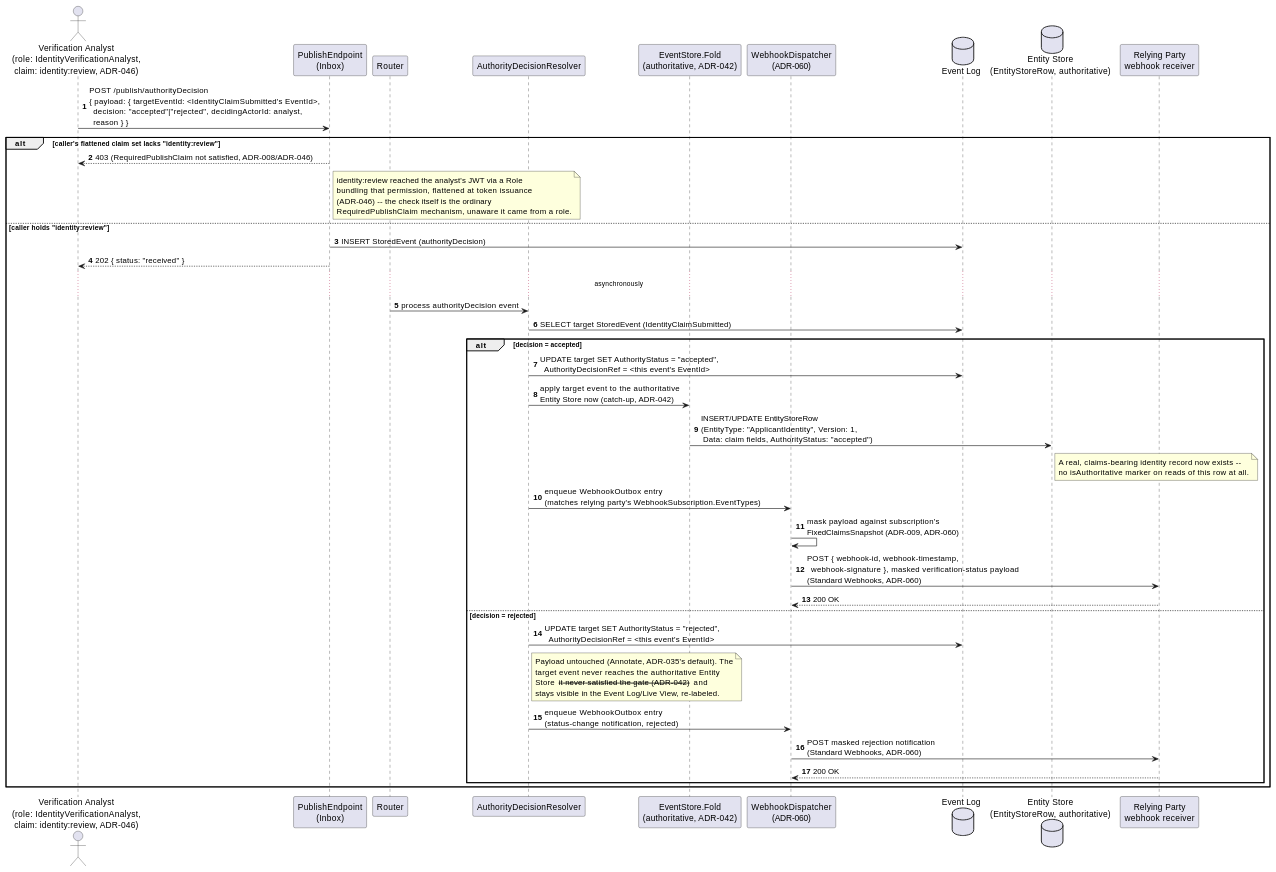
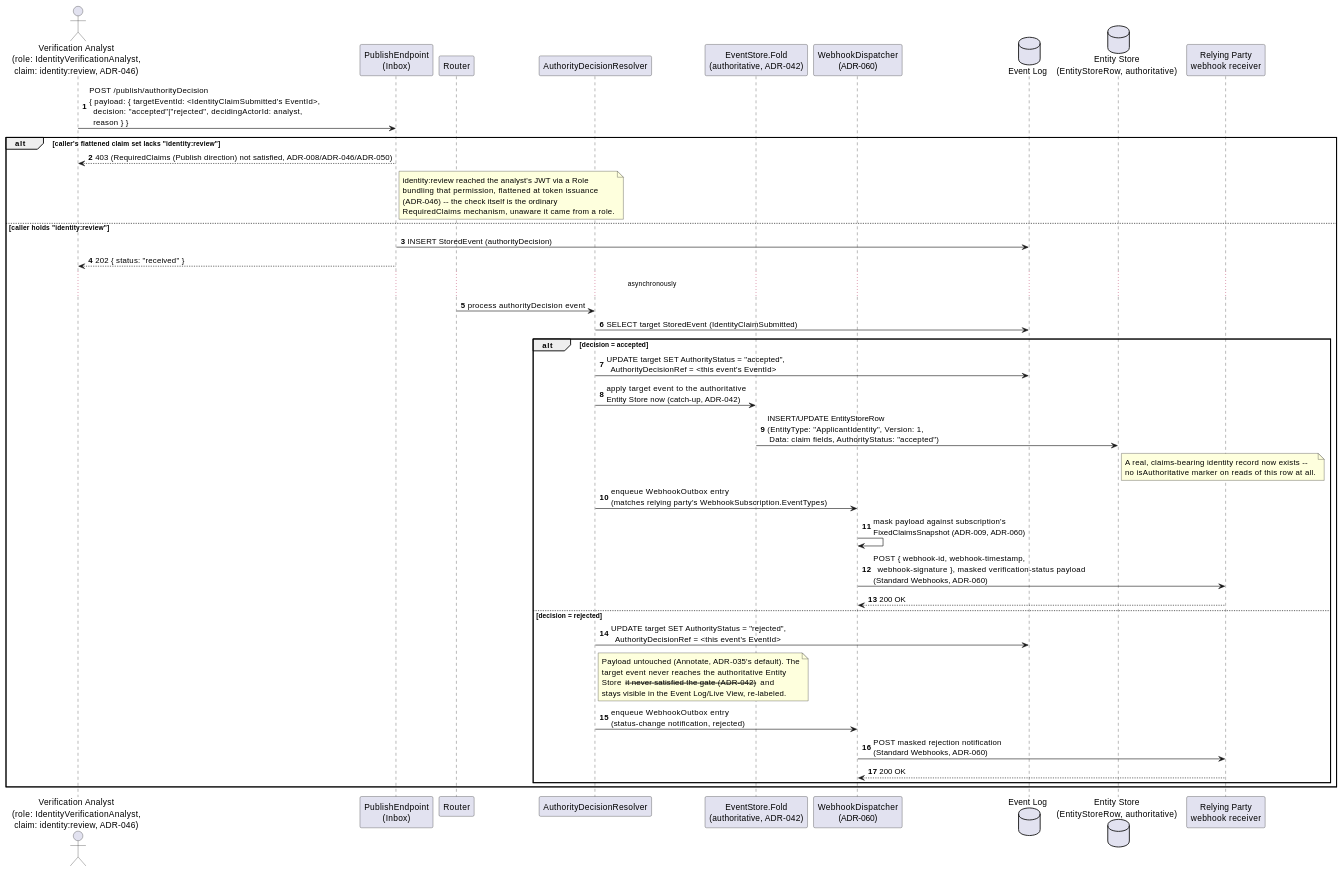
One commit to Mwwhited-BookLearning/EventSourcing changed the second of 5 diagrams in docs/domains/digital-identity-kyc/features/customer-onboarding-and-identity-verification.md. Above: the diagram before and after it, drawn with PlantUML. The commit also changed other lines of this file and 39 other files, not shown here.

````diff
--- a/docs/domains/digital-identity-kyc/features/customer-onboarding-and-identity-verification.md
+++ b/docs/domains/digital-identity-kyc/features/customer-onboarding-and-identity-verification.md
@@ -111,55 +111,55 @@
 ```plantuml
 @startuml Onboarding_AnalystReview_Sequence
 autonumber
 actor "Verification Analyst\n(role: IdentityVerificationAnalyst,\nclaim: identity:review, ADR-046)" as analyst
 participant "PublishEndpoint\n(Inbox)" as inbox
 participant "Router" as router
 participant "AuthorityDecisionResolver" as resolver
 participant "EventStore.Fold\n(authoritative, ADR-042)" as fold
 participant "WebhookDispatcher\n(ADR-060)" as webhook
 database "Event Log" as eventLog
 database "Entity Store\n(EntityStoreRow, authoritative)" as entityStore
 participant "Relying Party\nwebhook receiver" as relyingParty
 
 analyst -> inbox: POST /publish/authorityDecision\n{ payload: { targetEventId: <IdentityClaimSubmitted's EventId>,\n  decision: "accepted"|"rejected", decidingActorId: analyst,\n  reason } }
 alt caller's flattened claim set lacks "identity:review"
-  inbox --> analyst: 403 (RequiredPublishClaim not satisfied, ADR-008/ADR-046)
+  inbox --> analyst: 403 (RequiredClaims (Publish direction) not satisfied, ADR-008/ADR-046/ADR-050)
   note right of inbox
     identity:review reached the analyst's JWT via a Role
     bundling that permission, flattened at token issuance
     (ADR-046) -- the check itself is the ordinary
-    RequiredPublishClaim mechanism, unaware it came from a role.
+    RequiredClaims mechanism, unaware it came from a role.
   end note
 else caller holds "identity:review"
   inbox -> eventLog: INSERT StoredEvent (authorityDecision)
   inbox --> analyst: 202 { status: "received" }
   ... asynchronously ...
   router -> resolver: process authorityDecision event
   resolver -> eventLog: SELECT target StoredEvent (IdentityClaimSubmitted)
   alt decision = accepted
     resolver -> eventLog: UPDATE target SET AuthorityStatus = "accepted",\n  AuthorityDecisionRef = <this event's EventId>
     resolver -> fold: apply target event to the authoritative\nEntity Store now (catch-up, ADR-042)
     fold -> entityStore: INSERT/UPDATE EntityStoreRow\n(EntityType: "ApplicantIdentity", Version: 1,\n Data: claim fields, AuthorityStatus: "accepted")
     note right of entityStore
       A real, claims-bearing identity record now exists --
       no isAuthoritative marker on reads of this row at all.
     end note
     resolver -> webhook: enqueue WebhookOutbox entry\n(matches relying party's WebhookSubscription.EventTypes)
     webhook -> webhook: mask payload against subscription's\nFixedClaimsSnapshot (ADR-009, ADR-060)
     webhook -> relyingParty: POST { webhook-id, webhook-timestamp,\n  webhook-signature }, masked verification-status payload\n(Standard Webhooks, ADR-060)
     relyingParty --> webhook: 200 OK
   else decision = rejected
     resolver -> eventLog: UPDATE target SET AuthorityStatus = "rejected",\n  AuthorityDecisionRef = <this event's EventId>
     note right of resolver
       Payload untouched (Annotate, ADR-035's default). The
       target event never reaches the authoritative Entity
       Store -- it never satisfied the gate (ADR-042) -- and
       stays visible in the Event Log/Live View, re-labeled.
     end note
     resolver -> webhook: enqueue WebhookOutbox entry\n(status-change notification, rejected)
     webhook -> relyingParty: POST masked rejection notification\n(Standard Webhooks, ADR-060)
     relyingParty --> webhook: 200 OK
   end
 end
 @enduml
 ```
````
